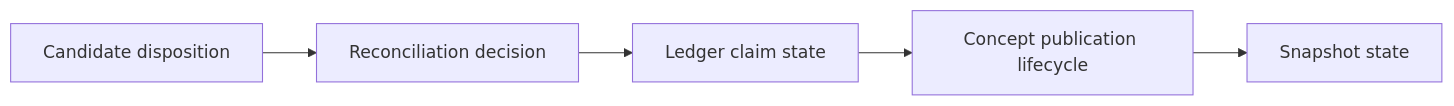
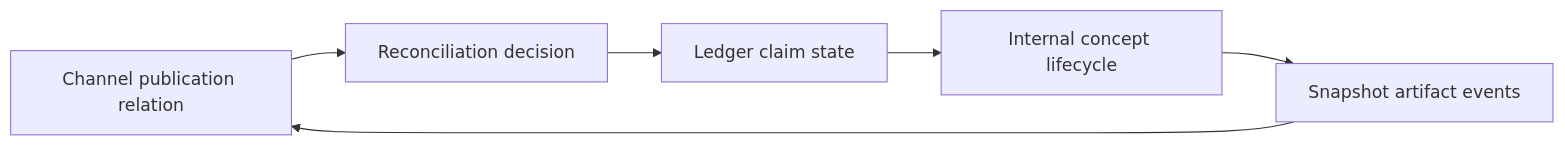
One commit to HaggisSupper/erasmus-protomenta changed the first of 3 diagrams in docs/architecture/knowledge-system/KNOWLEDGE_LIFECYCLE_AND_RECONCILIATION.md. Above: the diagram before and after it, drawn with Mermaid. The commit also changed other lines of this file and 24 other files, not shown here.

````diff
--- a/docs/architecture/knowledge-system/KNOWLEDGE_LIFECYCLE_AND_RECONCILIATION.md
+++ b/docs/architecture/knowledge-system/KNOWLEDGE_LIFECYCLE_AND_RECONCILIATION.md
@@ -19,7 +19,8 @@
 ```mermaid
 flowchart LR
     C[Candidate disposition] --> R[Reconciliation decision]
     R --> L[Ledger claim state]
-    L --> P[Concept publication lifecycle]
-    P --> S[Snapshot state]
+    L --> P[Internal concept lifecycle]
+    P --> S[Snapshot artifact events]
+    S --> C[Channel publication relation]
 ```
````
